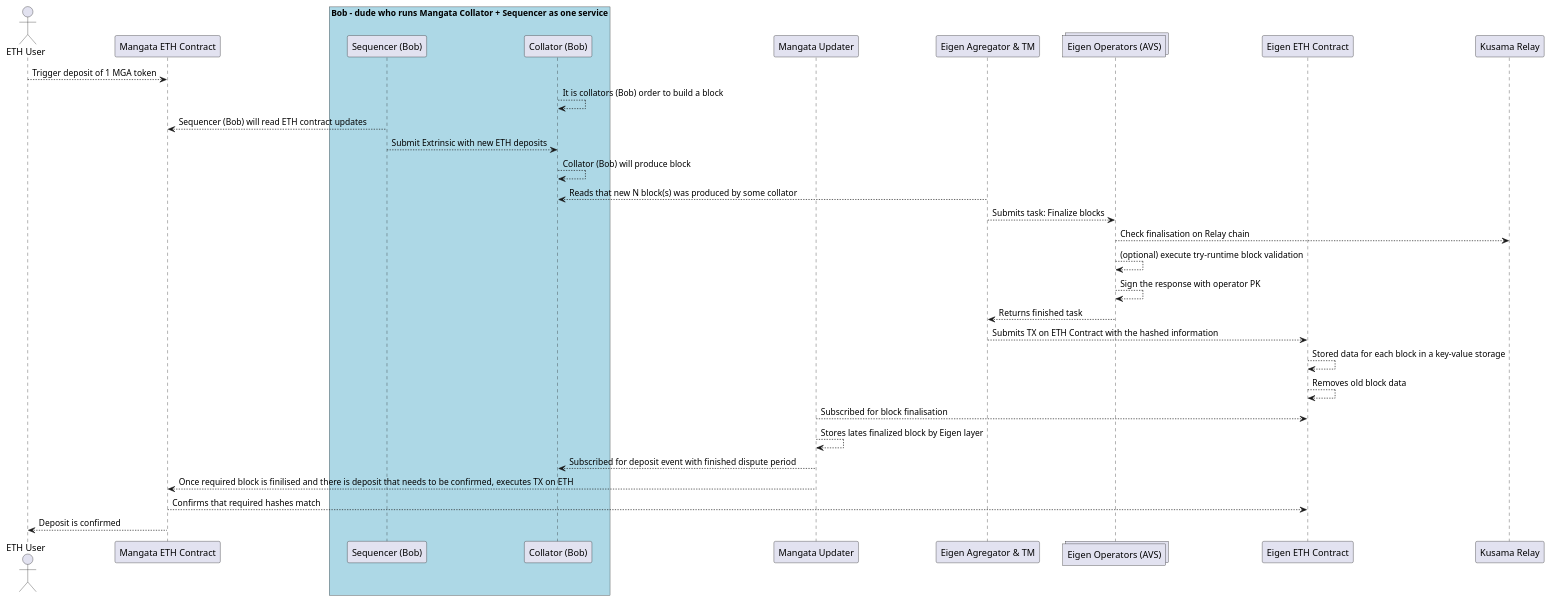
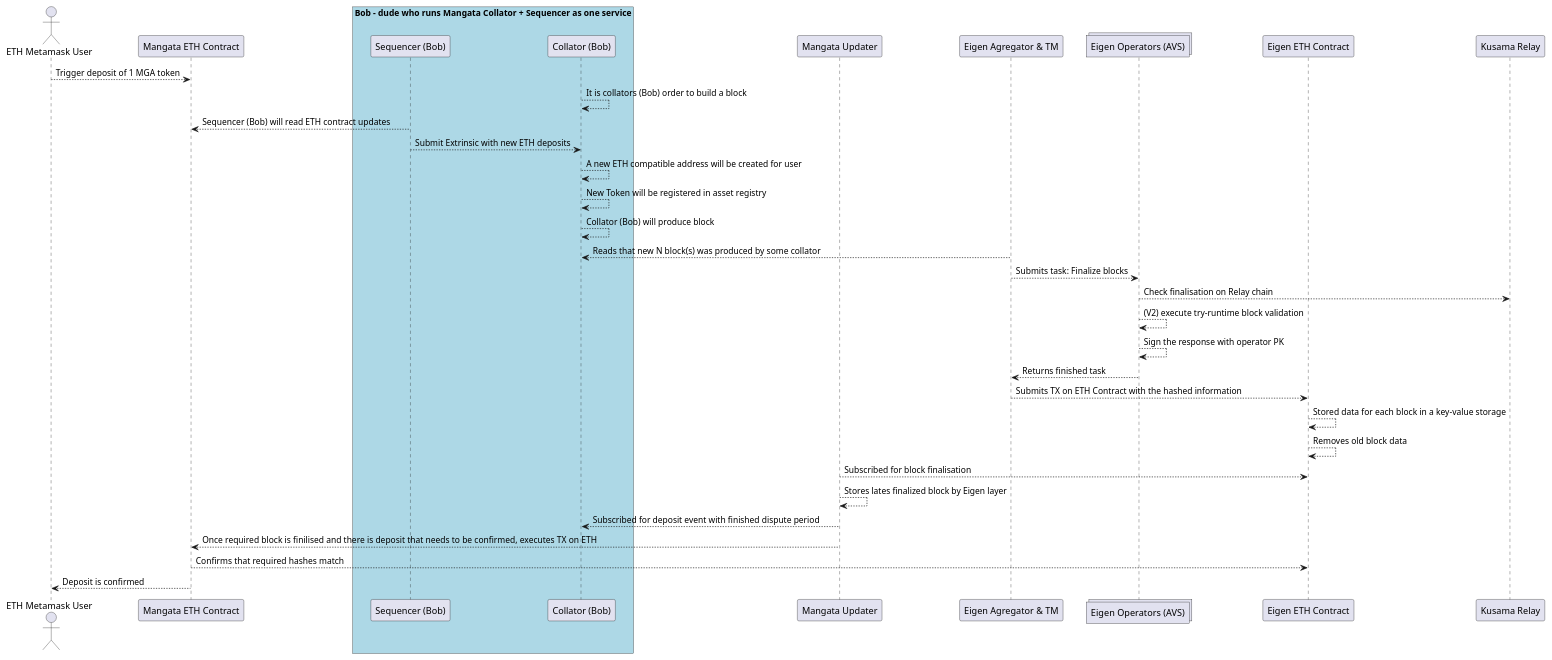
The first of 3 diagrams in README.md (mangata-finance/diagrams), drawn with PlantUML before and after one commit.

````diff
--- a/README.md
+++ b/README.md
@@ -11,47 +11,49 @@
 ```plantuml:mangata-eth-rollup-mvp
 @startuml
 
-actor       "ETH User"       as user
+actor       "ETH Metamask User"       as user
 participant "Mangata ETH Contract"   as mangatacontract
 
 box "Bob - dude who runs Mangata Collator + Sequencer as one service" #LightBlue
 participant "Sequencer (Bob)"   as sequencer
 participant "Collator (Bob)" as collator
 end box
 
 participant "Mangata Updater" as updater
 
 participant "Eigen Agregator & TM" as agregator
 
 collections "Eigen Operators (AVS)" as operator
 participant "Eigen ETH Contract"   as eigencontract
 participant "Kusama Relay"   as relay
 
 user --> mangatacontract: Trigger deposit of 1 MGA token 
 
 collator --> collator: It is collators (Bob) order to build a block
 sequencer --> mangatacontract: Sequencer (Bob) will read ETH contract updates
 sequencer --> collator: Submit Extrinsic with new ETH deposits
+collator --> collator: A new ETH compatible address will be created for user
+collator --> collator: New Token will be registered in asset registry
 collator --> collator: Collator (Bob) will produce block
 
 agregator --> collator: Reads that new N block(s) was produced by some collator
 agregator --> operator: Submits task: Finalize blocks
 operator --> relay: Check finalisation on Relay chain
-operator --> operator: (optional) execute try-runtime block validation
+operator --> operator: (V2) execute try-runtime block validation
 operator --> operator: Sign the response with operator PK
 operator --> agregator: Returns finished task
 agregator --> eigencontract: Submits TX on ETH Contract with the hashed information
 eigencontract --> eigencontract: Stored data for each block in a key-value storage
 eigencontract --> eigencontract: Removes old block data
 
 updater --> eigencontract: Subscribed for block finalisation
 updater --> updater: Stores lates finalized block by Eigen layer
 updater --> collator: Subscribed for deposit event with finished dispute period
 updater --> mangatacontract: Once required block is finilised and there is deposit that needs to be confirmed, executes TX on ETH
 
 
 mangatacontract --> eigencontract: Confirms that required hashes match
 mangatacontract --> user: Deposit is confirmed
 
 @enduml
 ```
````
